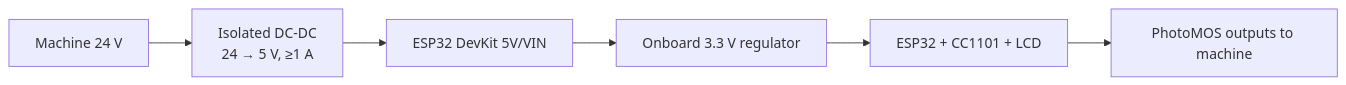
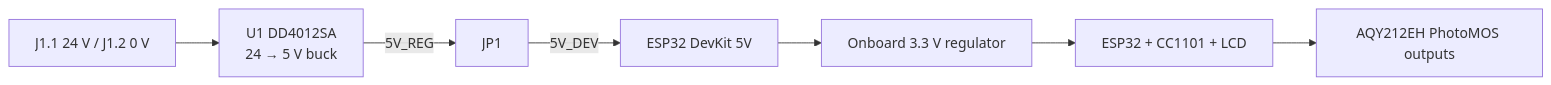
One commit to tsipa/mh20-probe changed the diagram in docs/power.md. Above: the diagram before and after it, drawn with Mermaid. The commit also changed other lines of this file and 145 other files, not shown here.

````diff
--- a/docs/power.md
+++ b/docs/power.md
@@ -9,8 +7,9 @@
 ```mermaid
 flowchart LR
-    A["Machine 24 V"] --> B["Isolated DC-DC<br/>24 → 5 V, ≥1 A"]
-    B --> C["ESP32 DevKit 5V/VIN"]
-    C --> D["Onboard 3.3 V regulator"]
-    D --> E["ESP32 + CC1101 + LCD"]
-    E --> F["PhotoMOS outputs to machine"]
+    A["J1.1 24 V / J1.2 0 V"] --> B["U1 DD4012SA<br/>24 → 5 V buck"]
+    B -- "5V_REG" --> C["JP1"]
+    C -- "5V_DEV" --> D["ESP32 DevKit 5V"]
+    D --> E["Onboard 3.3 V regulator"]
+    E --> F["ESP32 + CC1101 + LCD"]
+    F --> G["AQY212EH PhotoMOS outputs"]
 ```
````
